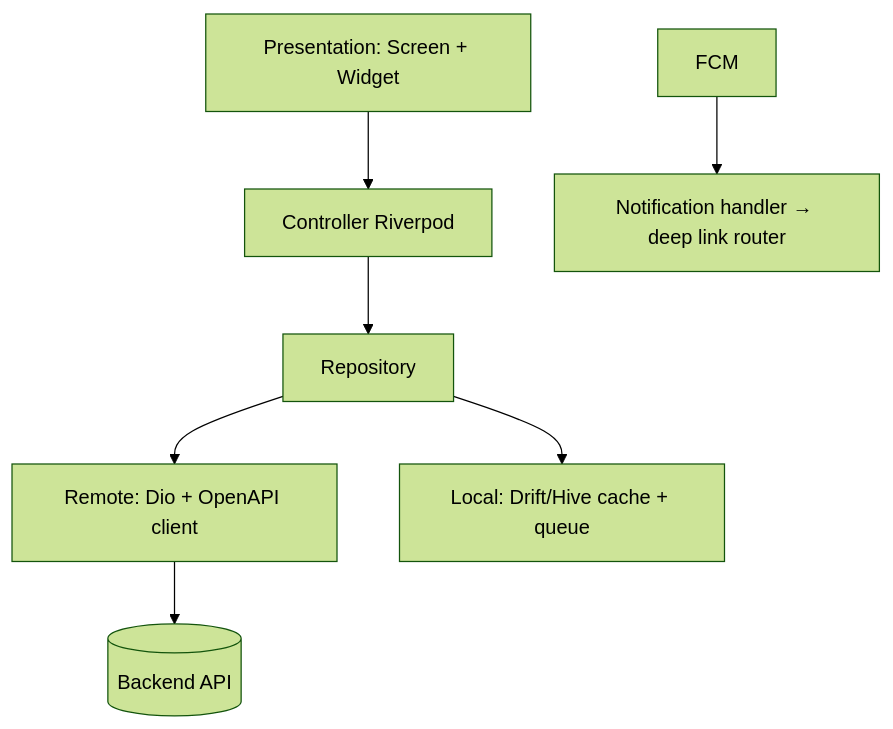
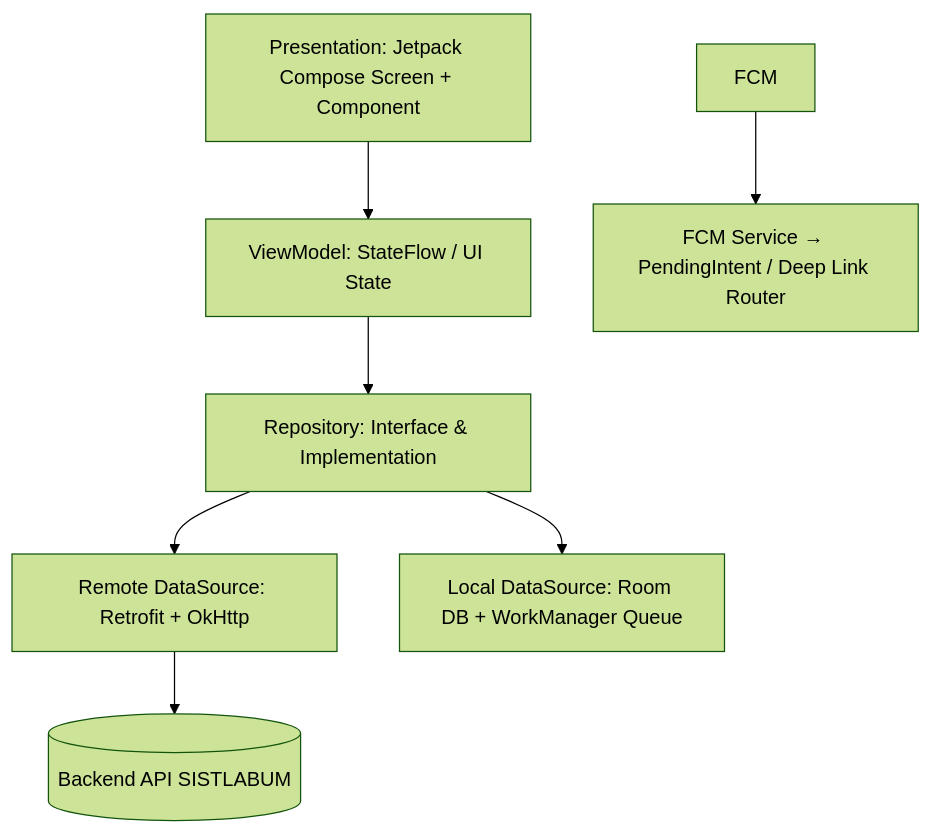
The first of 3 diagrams in 07_PRD_MOBILE.md (faruqadrean7/SISTLABUM), drawn with Mermaid (forest theme) before and after one commit. The commit also changed other lines of this file and 2 other files, not shown here.

First line of the commit message:
docs(mobile): sesuaikan platform mobile menjadi Android Native (Kotlin + Jetpack Compose)

````diff
--- a/07_PRD_MOBILE.md
+++ b/07_PRD_MOBILE.md
@@ -14,9 +14,9 @@
 ```mermaid
 flowchart TD
-  UI[Presentation: Screen + Widget] --> C[Controller Riverpod]
-  C --> R[Repository]
-  R --> N[Remote: Dio + OpenAPI client]
-  R --> L[Local: Drift/Hive cache + queue]
-  N --> API[(Backend API)]
-  FCM[FCM] --> H[Notification handler → deep link router]
+  UI[Presentation: Jetpack Compose Screen + Component] --> VM[ViewModel: StateFlow / UI State]
+  VM --> R[Repository: Interface & Implementation]
+  R --> N[Remote DataSource: Retrofit + OkHttp]
+  R --> L[Local DataSource: Room DB + WorkManager Queue]
+  N --> API[(Backend API SISTLABUM)]
+  FCM[FCM] --> H[FCM Service → PendingIntent / Deep Link Router]
 ```
````
